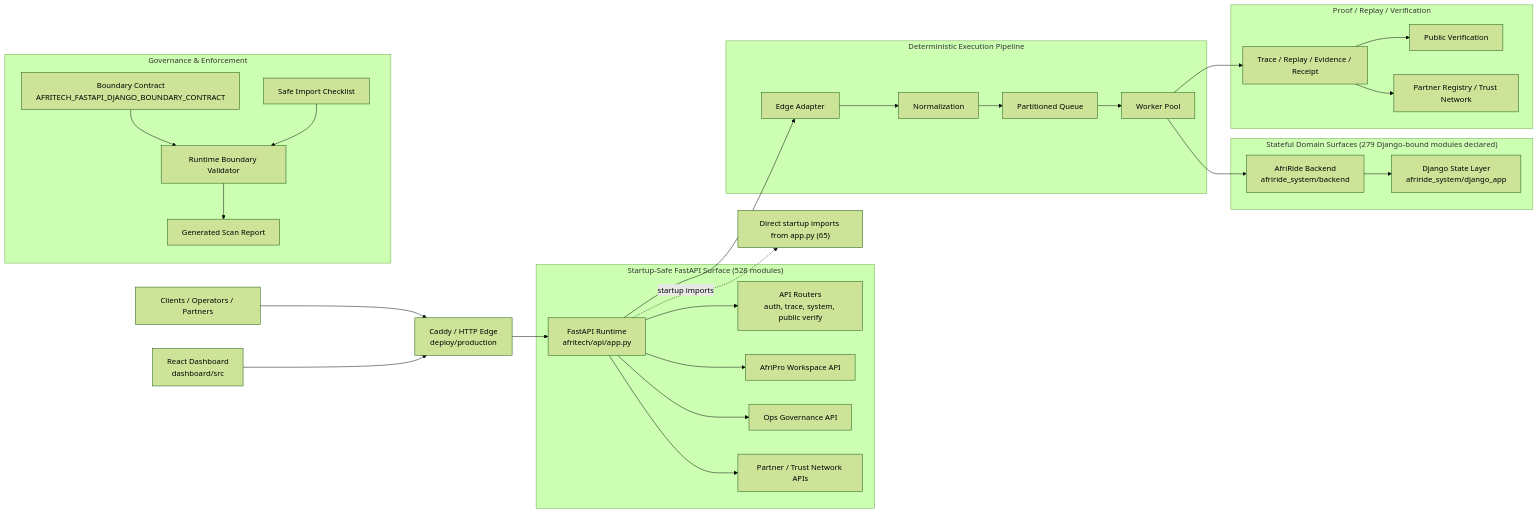
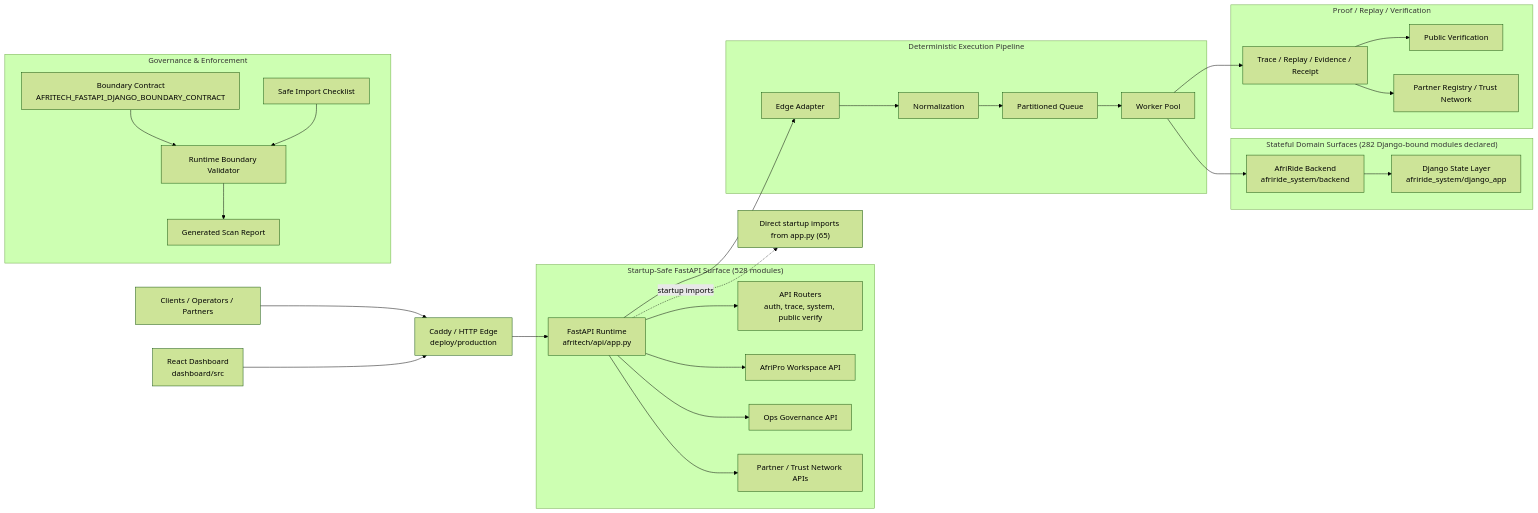
One commit to Strelly2023/afritelematics changed the first of 2 diagrams in docs/architecture/AFRITECH_FULL_ARCHITECTURE_GRAPH.md. Above: the diagram before and after it, drawn with Mermaid (forest theme). The commit also changed other lines of this file and 76 other files, not shown here.

````diff
--- a/docs/architecture/AFRITECH_FULL_ARCHITECTURE_GRAPH.md
+++ b/docs/architecture/AFRITECH_FULL_ARCHITECTURE_GRAPH.md
@@ -22,39 +22,39 @@
 ```mermaid
 flowchart LR
     Client["Clients / Operators / Partners"] --> Edge["Caddy / HTTP Edge\ndeploy/production"]
     Dashboard["React Dashboard\ndashboard/src"] --> Edge
     Edge --> App["FastAPI Runtime\nafritech/api/app.py"]
 
     subgraph FastAPI["Startup-Safe FastAPI Surface (528 modules)"]
         App --> Api["API Routers\nauth, trace, system, public verify"]
         App --> Workspace["AfriPro Workspace API"]
         App --> Governance["Ops Governance API"]
         App --> Trust["Partner / Trust Network APIs"]
     end
 
     subgraph Pipeline["Deterministic Execution Pipeline"]
         App --> Adapt["Edge Adapter"]
         Adapt --> Normalize["Normalization"]
         Normalize --> Queue["Partitioned Queue"]
         Queue --> Worker["Worker Pool"]
     end
 
-    subgraph State["Stateful Domain Surfaces (279 Django-bound modules declared)"]
+    subgraph State["Stateful Domain Surfaces (282 Django-bound modules declared)"]
         Worker --> Domain["AfriRide Backend\nafriride_system/backend"]
         Domain --> Django["Django State Layer\nafriride_system/django_app"]
     end
 
     subgraph Proof["Proof / Replay / Verification"]
         Worker --> Trace["Trace / Replay / Evidence / Receipt"]
         Trace --> Public["Public Verification"]
         Trace --> Registry["Partner Registry / Trust Network"]
     end
 
     subgraph GovernancePlane["Governance & Enforcement"]
         Contract["Boundary Contract\nAFRITECH_FASTAPI_DJANGO_BOUNDARY_CONTRACT"] --> Validator["Runtime Boundary Validator"]
         Checklist["Safe Import Checklist"] --> Validator
         Validator --> Review["Generated Scan Report"]
     end
 
     App -. startup imports .-> Imports["Direct startup imports from app.py (65)"]
 ```
````
